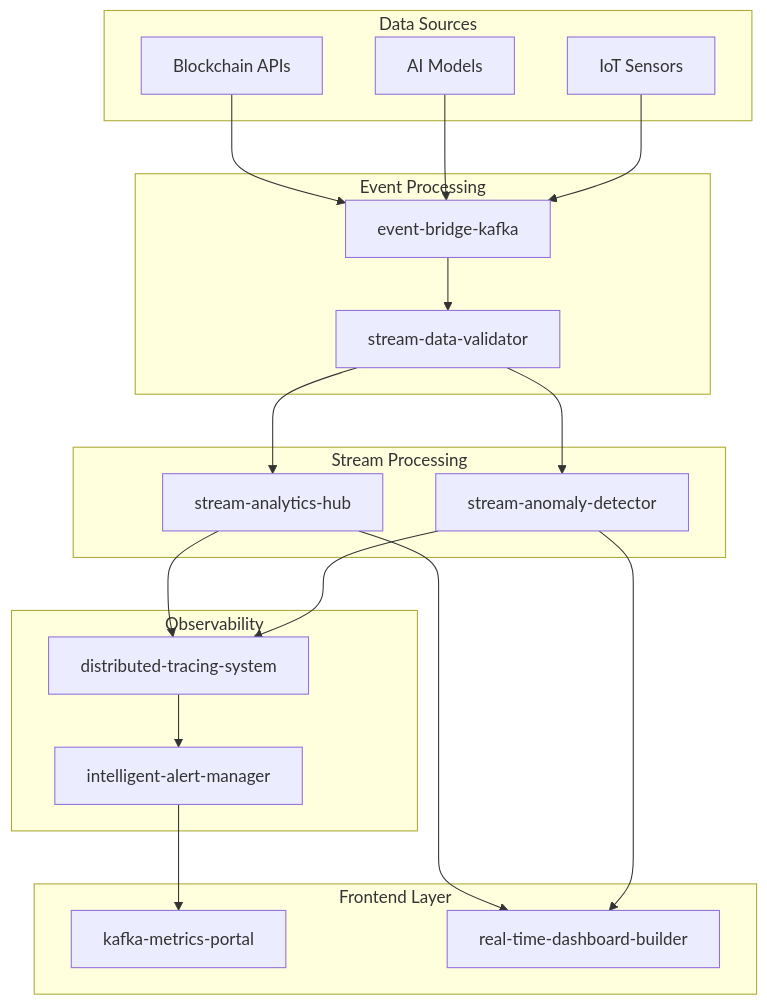
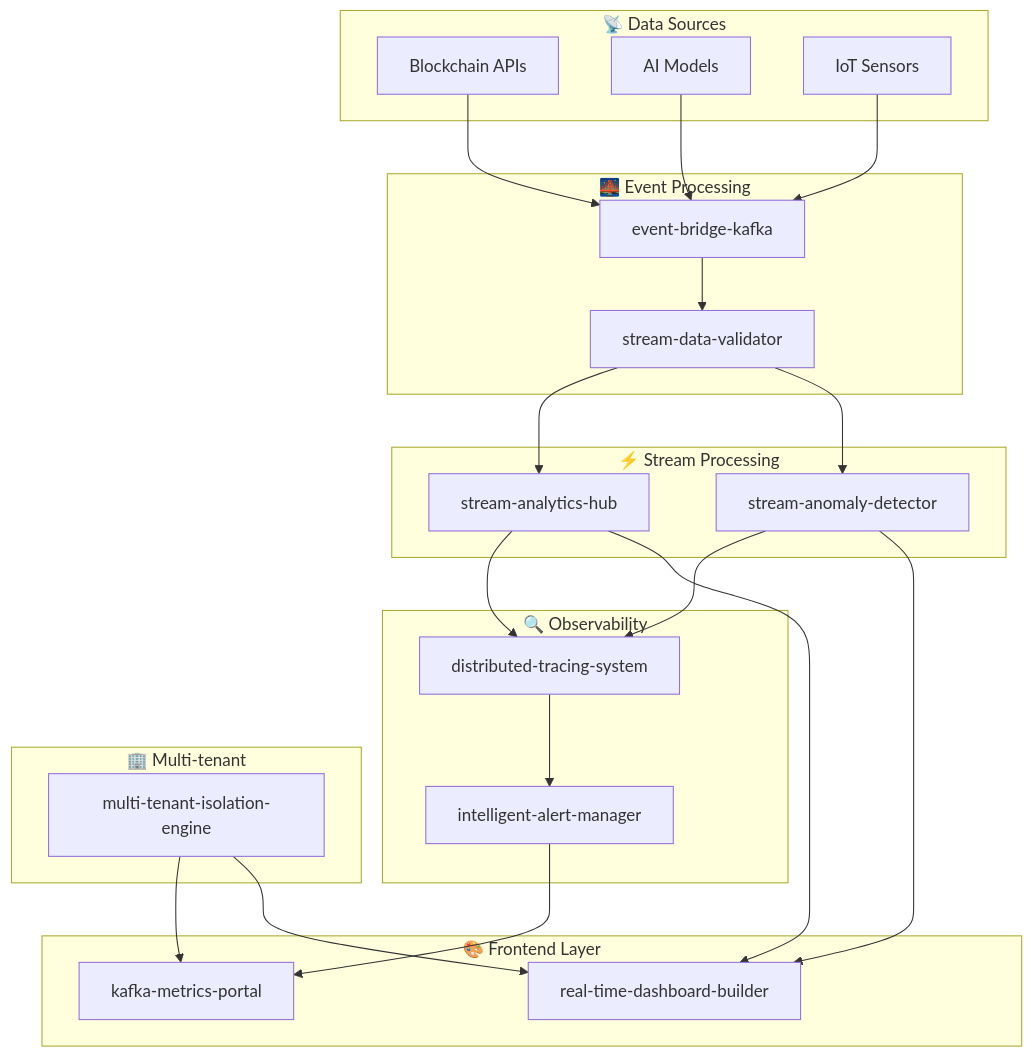
The diagram in README.md (Franklin-Osede/Stream-Forge), drawn with Mermaid before and after one commit. The commit also changed other lines of this file, not shown here.

````diff
--- a/README.md
+++ b/README.md
@@ -58,41 +56,47 @@
 ```mermaid
 graph TB
-    subgraph "Data Sources"
+    subgraph "📡 Data Sources"
         A[Blockchain APIs]
         B[AI Models]
         C[IoT Sensors]
     end
     
-    subgraph "Event Processing"
+    subgraph "🌉 Event Processing"
         D[event-bridge-kafka]
         E[stream-data-validator]
     end
     
-    subgraph "Stream Processing"
+    subgraph "⚡ Stream Processing"
         F[stream-analytics-hub]
         G[stream-anomaly-detector]
     end
     
-    subgraph "Observability"
+    subgraph "🔍 Observability"
         H[distributed-tracing-system]
         I[intelligent-alert-manager]
     end
     
-    subgraph "Frontend Layer"
+    subgraph "🎨 Frontend Layer"
         J[kafka-metrics-portal]
         K[real-time-dashboard-builder]
+    end
+    
+    subgraph "🏢 Multi-tenant"
+        L[multi-tenant-isolation-engine]
     end
     
     A --> D
     B --> D
     C --> D
     D --> E
     E --> F
     E --> G
     F --> H
     G --> H
     H --> I
     I --> J
     F --> K
     G --> K
+    L --> J
+    L --> K
 ```
````
